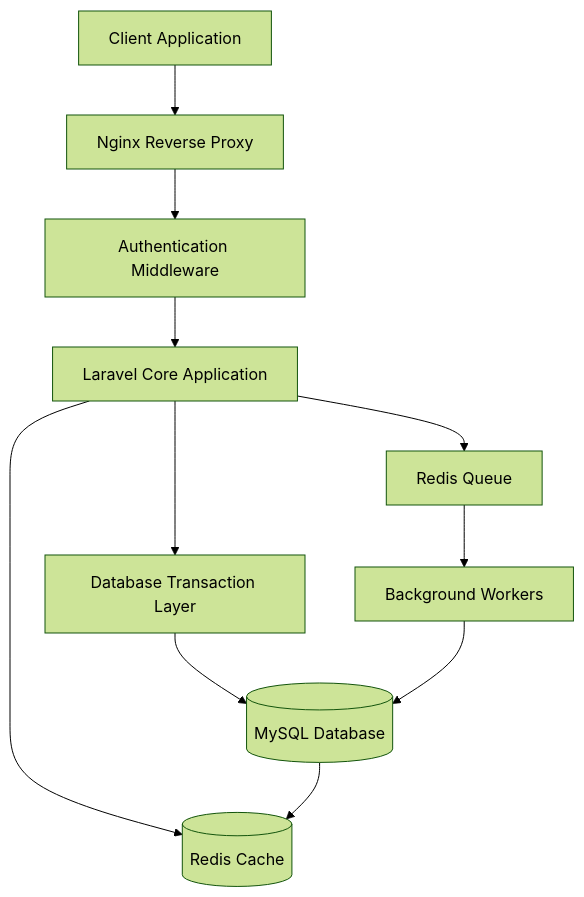
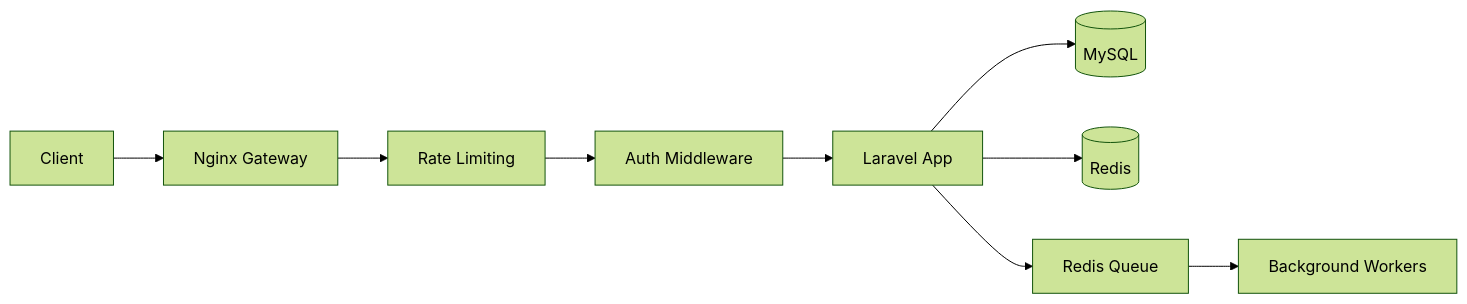
The first of 2 diagrams in README.md (shajibsikder/weekmotion.com), drawn with Mermaid (forest theme) before and after one commit. The commit also changed other lines of this file, not shown here.

````diff
--- a/README.md
+++ b/README.md
@@ -264,19 +399,11 @@
 ```mermaid
-graph TD
-    User[Client Application] --> Nginx[Nginx Reverse Proxy]
-    Nginx --> AuthMW[Authentication Middleware]
-    AuthMW --> CoreApp[Laravel Core Application]
-
-    %% Async Processing Layer
-    CoreApp --> RedisQueue[Redis Queue]
-    RedisQueue --> Workers[Background Workers]
-
-    %% Database Layer
-    CoreApp --> DBTransaction[Database Transaction Layer]
-    DBTransaction --> MySQL[(MySQL Database)]
-    Workers --> MySQL
-
-    %% Caching Layer
-    CoreApp --> RedisCache[(Redis Cache)]
-    MySQL --> RedisCache
+graph LR
+    Client[Client] --> Nginx[Nginx Gateway]
+    Nginx --> RateLimit[Rate Limiting]
+    RateLimit --> Auth[Auth Middleware]
+    Auth --> App[Laravel App]
+    App --> DB[(MySQL)]
+    App --> Cache[(Redis)]
+    App --> Queue[Redis Queue]
+    Queue --> Workers[Background Workers]
 ```
````
